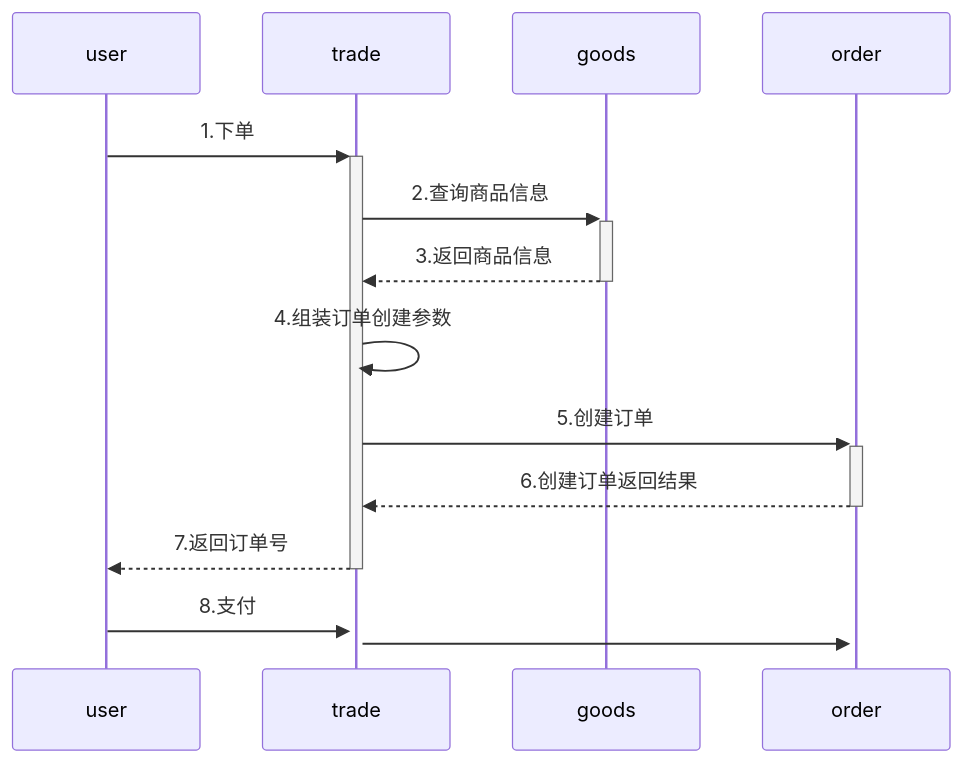
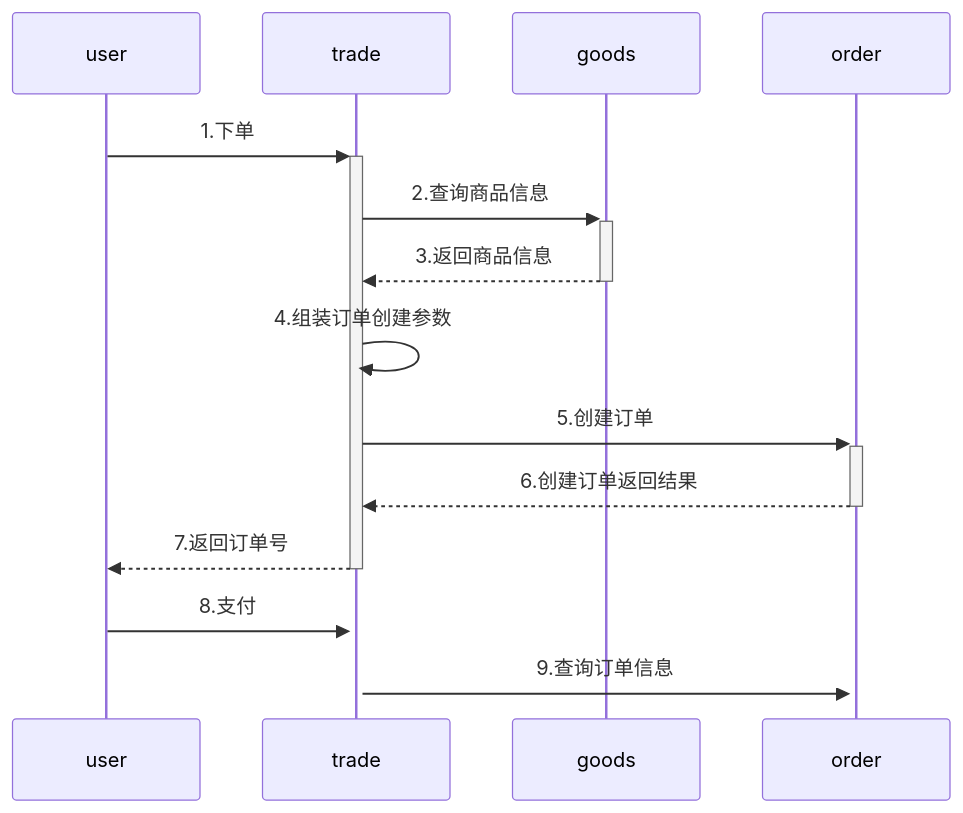
Before and after one commit to yingjianzh/iodraw-files: the diagram in all/未命名-6.md, drawn with Mermaid.

Commit message:
2024-08-19 15:44:20 update

````diff
--- a/all/未命名-6.md
+++ b/all/未命名-6.md
@@ -1,12 +1,12 @@
 ```mermaid
 sequenceDiagram
     user->>+trade: 1.下单
     trade->>+goods: 2.查询商品信息
     goods-->>-trade: 3.返回商品信息
     trade->>trade: 4.组装订单创建参数
     trade->>+order: 5.创建订单
     order-->>-trade: 6.创建订单返回结果
     trade-->>-user: 7.返回订单号
     user->>+trade: 8.支付
-    trade->>+order: 
+    trade->>+order: 9.查询订单信息
 ```
````
